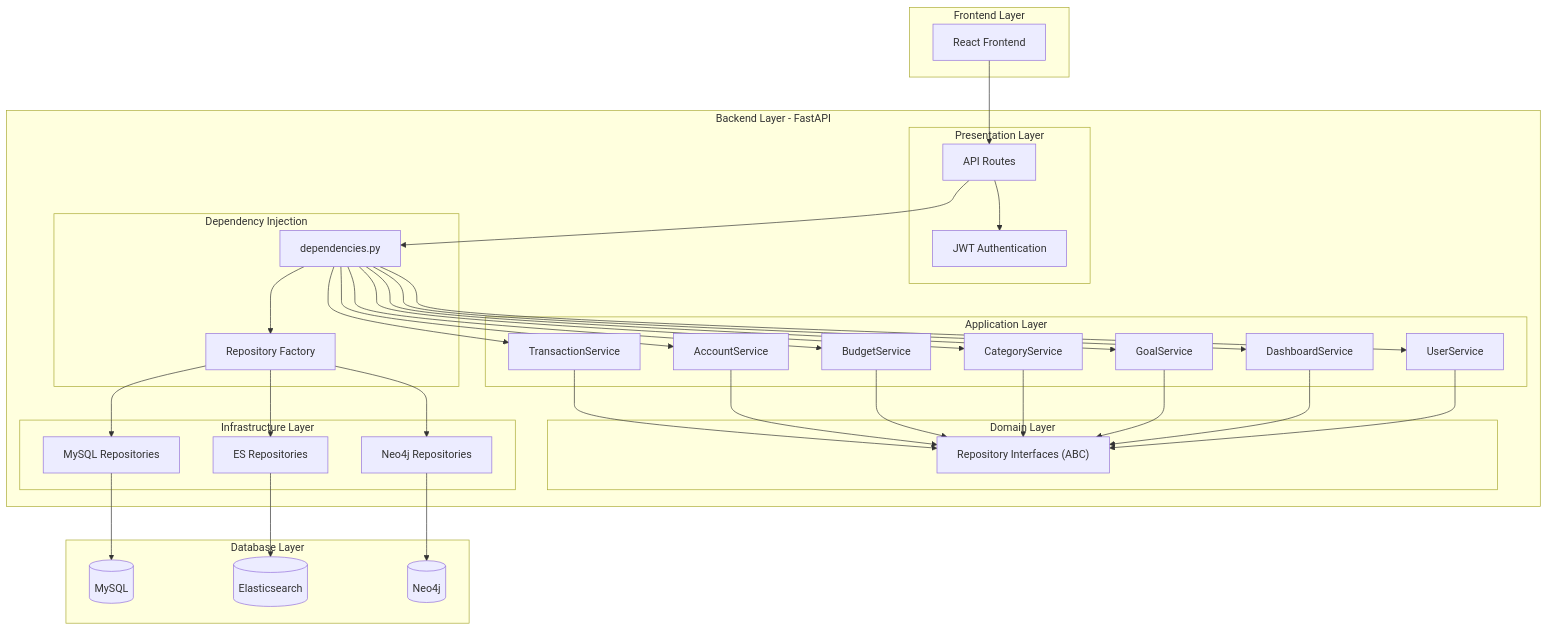
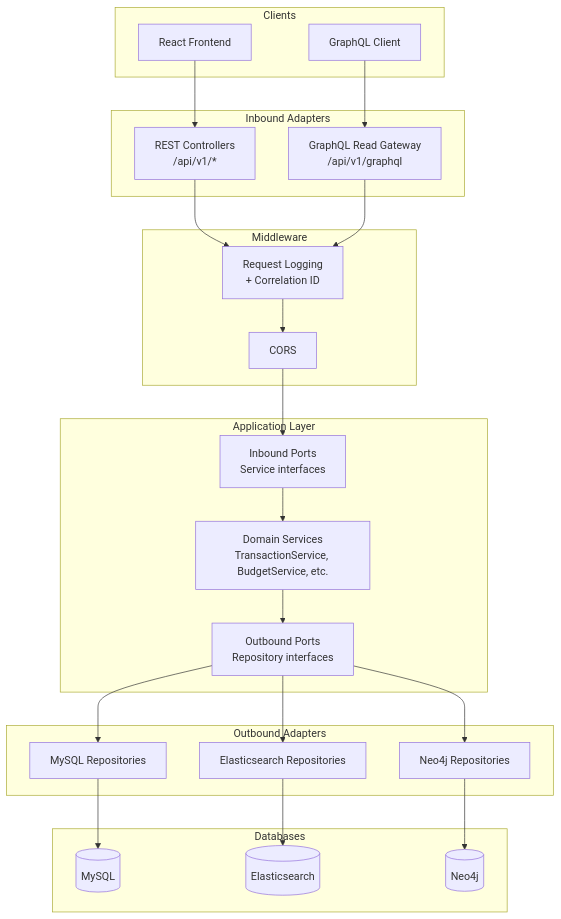
One commit to Jothom2912/Finance-Tracker changed the first of 2 diagrams in README.md. Above: the diagram before and after it, drawn with Mermaid. The commit also changed other lines of this file and 4 other files, not shown here.

First line of the commit message:
Update all documentation to reflect hexagonal architecture

````diff
--- a/README.md
+++ b/README.md
@@ -416,69 +73,45 @@
 ```mermaid
 graph TB
-    subgraph "Frontend Layer"
+    subgraph "Clients"
         FE[React Frontend]
+        GQL[GraphQL Client]
     end
-    
-    subgraph "Backend Layer - FastAPI"
-        subgraph "Presentation Layer"
-            ROUTES[API Routes]
-            AUTH[JWT Authentication]
-        end
-        
-        subgraph "Dependency Injection"
-            DI[dependencies.py]
-            FACTORY[Repository Factory]
-        end
-        
-        subgraph "Application Layer"
-            TS[TransactionService]
-            AS[AccountService]
-            BS[BudgetService]
-            CS[CategoryService]
-            GS[GoalService]
-            DS[DashboardService]
-            US[UserService]
-        end
-        
-        subgraph "Domain Layer"
-            INTERFACES["Repository Interfaces (ABC)"]
-        end
-        
-        subgraph "Infrastructure Layer"
-            MYSQL_REPO[MySQL Repositories]
-            ES_REPO[ES Repositories]
-            NEO4J_REPO[Neo4j Repositories]
-        end
+
+    subgraph "Inbound Adapters"
+        REST[REST Controllers<br/>/api/v1/*]
+        GRAPHQL[GraphQL Read Gateway<br/>/api/v1/graphql]
     end
-    
-    subgraph "Database Layer"
+
+    subgraph "Middleware"
+        CORS[CORS]
+        LOG[Request Logging<br/>+ Correlation ID]
+    end
+
+    subgraph "Application Layer"
+        SVC[Domain Services<br/>TransactionService, BudgetService, etc.]
+        PORTS_IN[Inbound Ports<br/>Service interfaces]
+        PORTS_OUT[Outbound Ports<br/>Repository interfaces]
+    end
+
+    subgraph "Outbound Adapters"
+        MYSQL_REPO[MySQL Repositories]
+        ES_REPO[Elasticsearch Repositories]
+        NEO4J_REPO[Neo4j Repositories]
+    end
+
+    subgraph "Databases"
         MYSQL[(MySQL)]
         ES[(Elasticsearch)]
         NEO4J[(Neo4j)]
     end
-    
-    FE --> ROUTES
-    ROUTES --> AUTH
-    ROUTES --> DI
-    DI --> FACTORY
-    FACTORY --> MYSQL_REPO
-    FACTORY --> ES_REPO
-    FACTORY --> NEO4J_REPO
-    DI --> TS
-    DI --> AS
-    DI --> BS
-    DI --> CS
-    DI --> GS
-    DI --> DS
-    DI --> US
-    TS --> INTERFACES
-    AS --> INTERFACES
-    BS --> INTERFACES
-    CS --> INTERFACES
-    GS --> INTERFACES
-    DS --> INTERFACES
-    US --> INTERFACES
-    MYSQL_REPO --> MYSQL
-    ES_REPO --> ES
-    NEO4J_REPO --> NEO4J
+
+    FE --> REST
+    GQL --> GRAPHQL
+    REST --> LOG --> CORS --> PORTS_IN
+    GRAPHQL --> LOG
+    PORTS_IN --> SVC
+    SVC --> PORTS_OUT
+    PORTS_OUT --> MYSQL_REPO --> MYSQL
+    PORTS_OUT --> ES_REPO --> ES
+    PORTS_OUT --> NEO4J_REPO --> NEO4J
 ```
````
